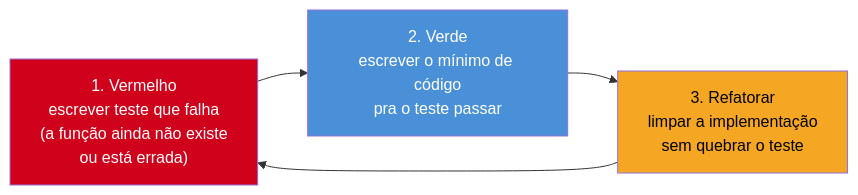
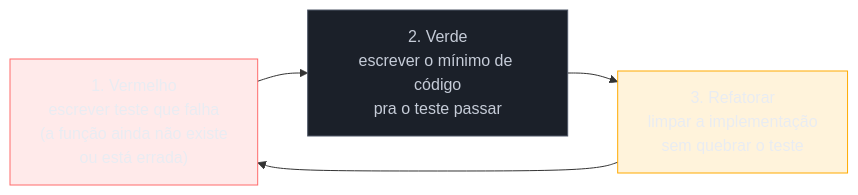
One commit to josenaldo/codex-technomanticus changed the second of 2 diagrams in 03-Dominios/Tecnologia/Go/15 - Testes/08 - Cobertura e testes idiomáticos.md. Above: the diagram before and after it, drawn with Mermaid. The commit also changed other lines of this file and 1181 other files, not shown here.

First line of the commit message:
fix(diagramas): paleta do sistema no lugar de cor cravada no markdown

````diff
--- a/03-Dominios/Tecnologia/Go/15 - Testes/08 - Cobertura e testes idiomáticos.md
+++ b/03-Dominios/Tecnologia/Go/15 - Testes/08 - Cobertura e testes idiomáticos.md
@@ -144,10 +145,13 @@
 ```mermaid
 flowchart LR
+    classDef falha fill:#FF6B6B24,stroke:#FF6B6B,color:#E9ECF2
+    classDef neutro fill:#1B2029,stroke:#4E5666,color:#C6CCD8
+    classDef destaque fill:#FFAA0024,stroke:#FFAA00,color:#E9ECF2
     A["1. Vermelho\nescrever teste que falha\n(a função ainda não existe\nou está errada)"] --> B["2. Verde\nescrever o mínimo de código\npra o teste passar"]
     B --> C["3. Refatorar\nlimpar a implementação\nsem quebrar o teste"]
     C --> A
 
-    style A fill:#D0021B,color:#fff
-    style B fill:#4A90D9,color:#fff
-    style C fill:#F5A623,color:#000
+    class A falha
+    class B neutro
+    class C destaque
 ```
````
